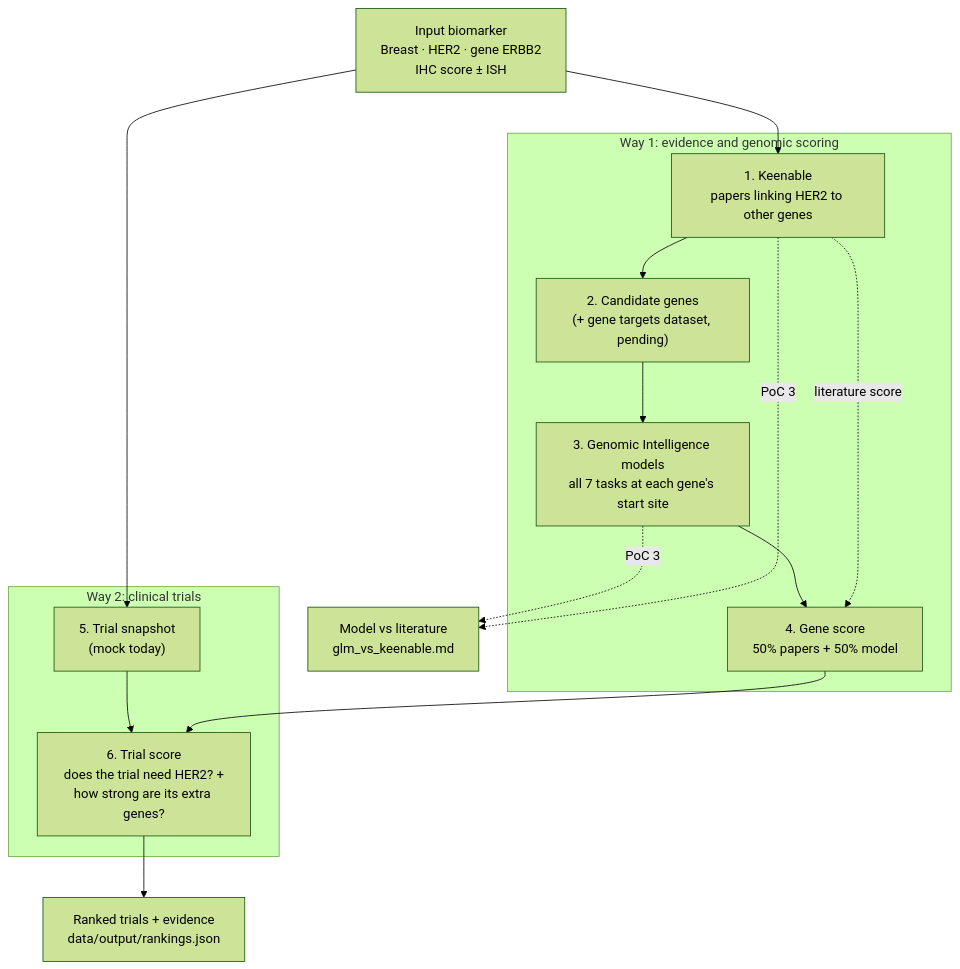
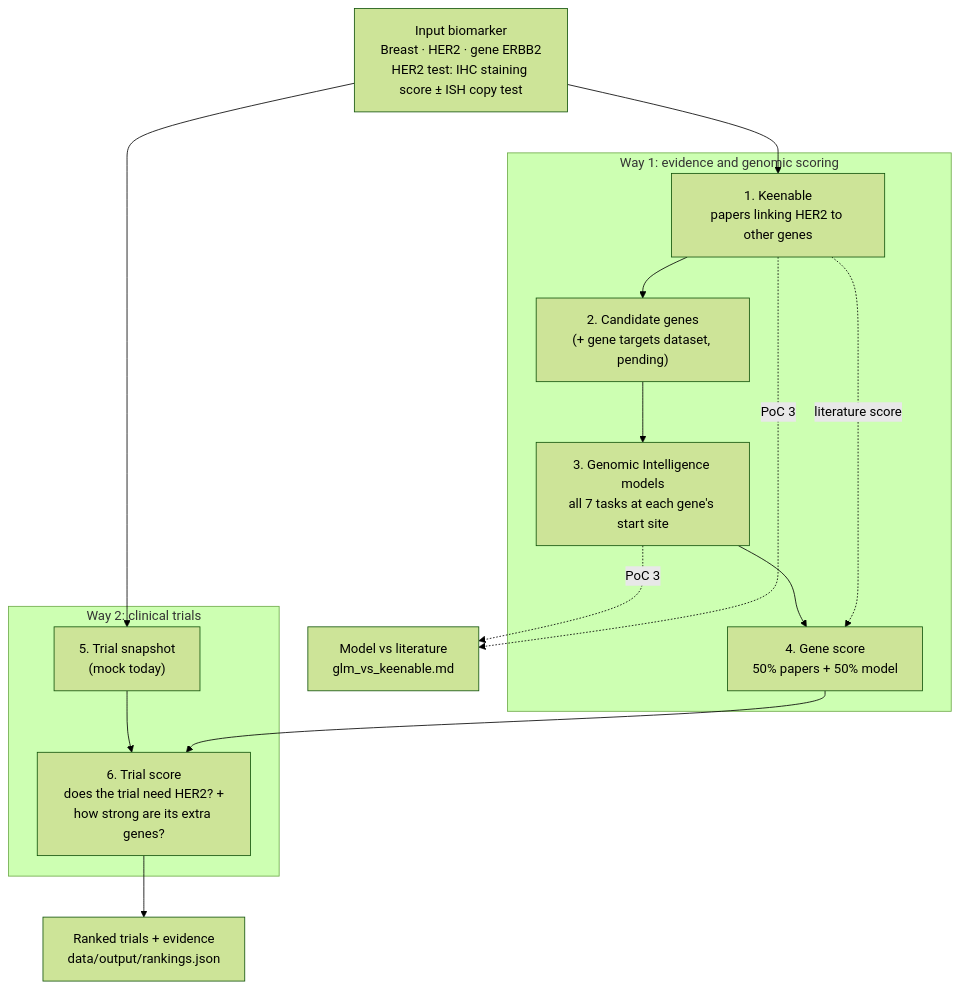
One commit to Contactashmeetsingh/B5-hackers changed the diagram in README.md. Above: the diagram before and after it, drawn with Mermaid (forest theme). The commit also changed other lines of this file and 12 other files, not shown here.

````diff
--- a/README.md
+++ b/README.md
@@ -54,26 +68,26 @@
 ```mermaid
 flowchart TD
-    IN["Input biomarker<br/>Breast · HER2 · gene ERBB2<br/>IHC score ± ISH"]
+    IN["Input biomarker<br/>Breast · HER2 · gene ERBB2<br/>HER2 test: IHC staining score ± ISH copy test"]
 
     subgraph W1["Way 1: evidence and genomic scoring"]
         P["1. Keenable<br/>papers linking HER2 to other genes"]
         G["2. Candidate genes<br/>(+ gene targets dataset, pending)"]
         M["3. Genomic Intelligence models<br/>all 7 tasks at each gene's start site"]
         GS["4. Gene score<br/>50% papers + 50% model"]
         P --> G --> M --> GS
         P -. "literature score" .-> GS
     end
 
     subgraph W2["Way 2: clinical trials"]
         T["5. Trial snapshot<br/>(mock today)"]
         TS["6. Trial score<br/>does the trial need HER2? +<br/>how strong are its extra genes?"]
         T --> TS
     end
 
     IN --> P
     IN --> T
     GS --> TS
     TS --> R["Ranked trials + evidence<br/>data/output/rankings.json"]
     M -. "PoC 3" .-> CMP["Model vs literature<br/>glm_vs_keenable.md"]
     P -. "PoC 3" .-> CMP
 ```
````
